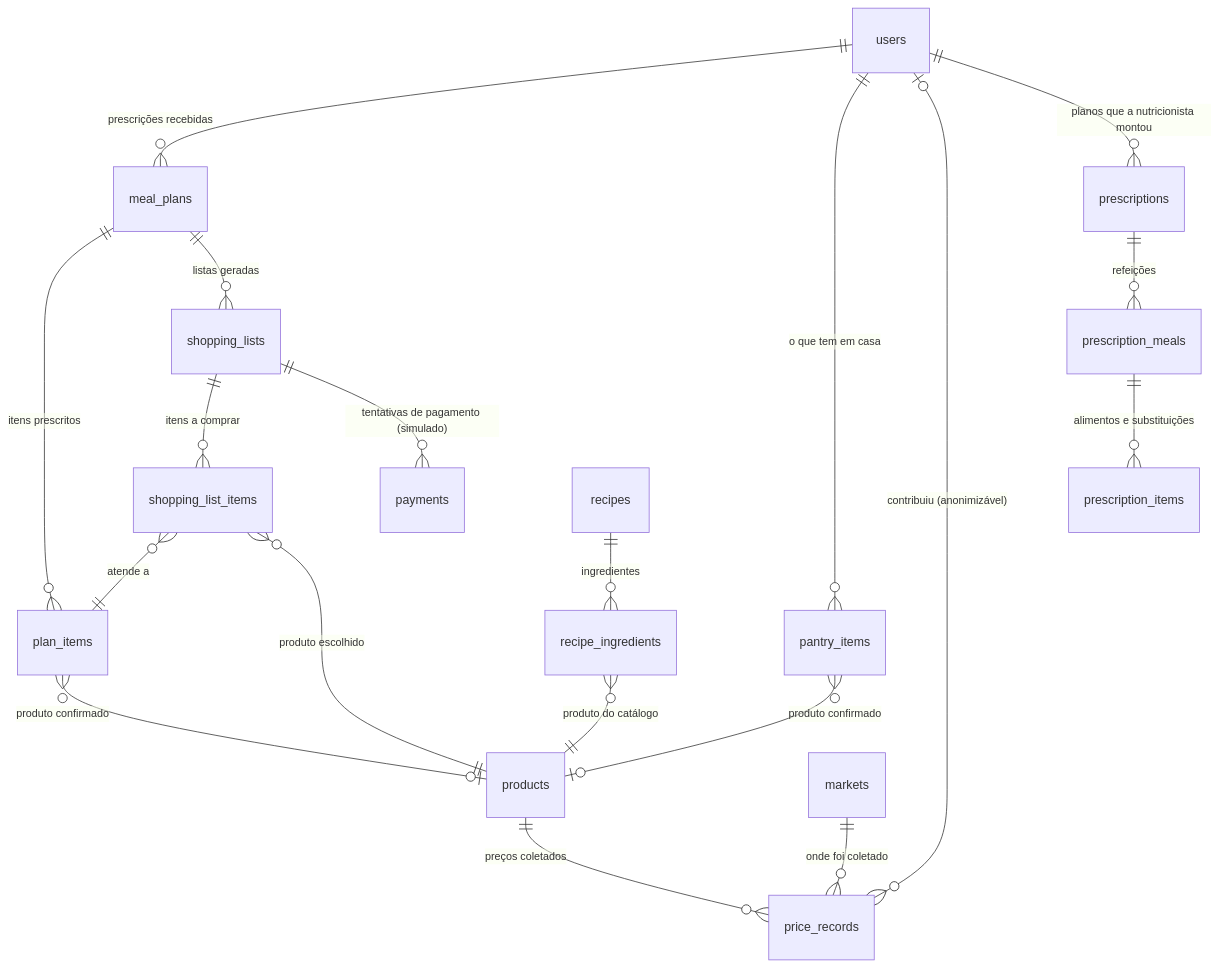
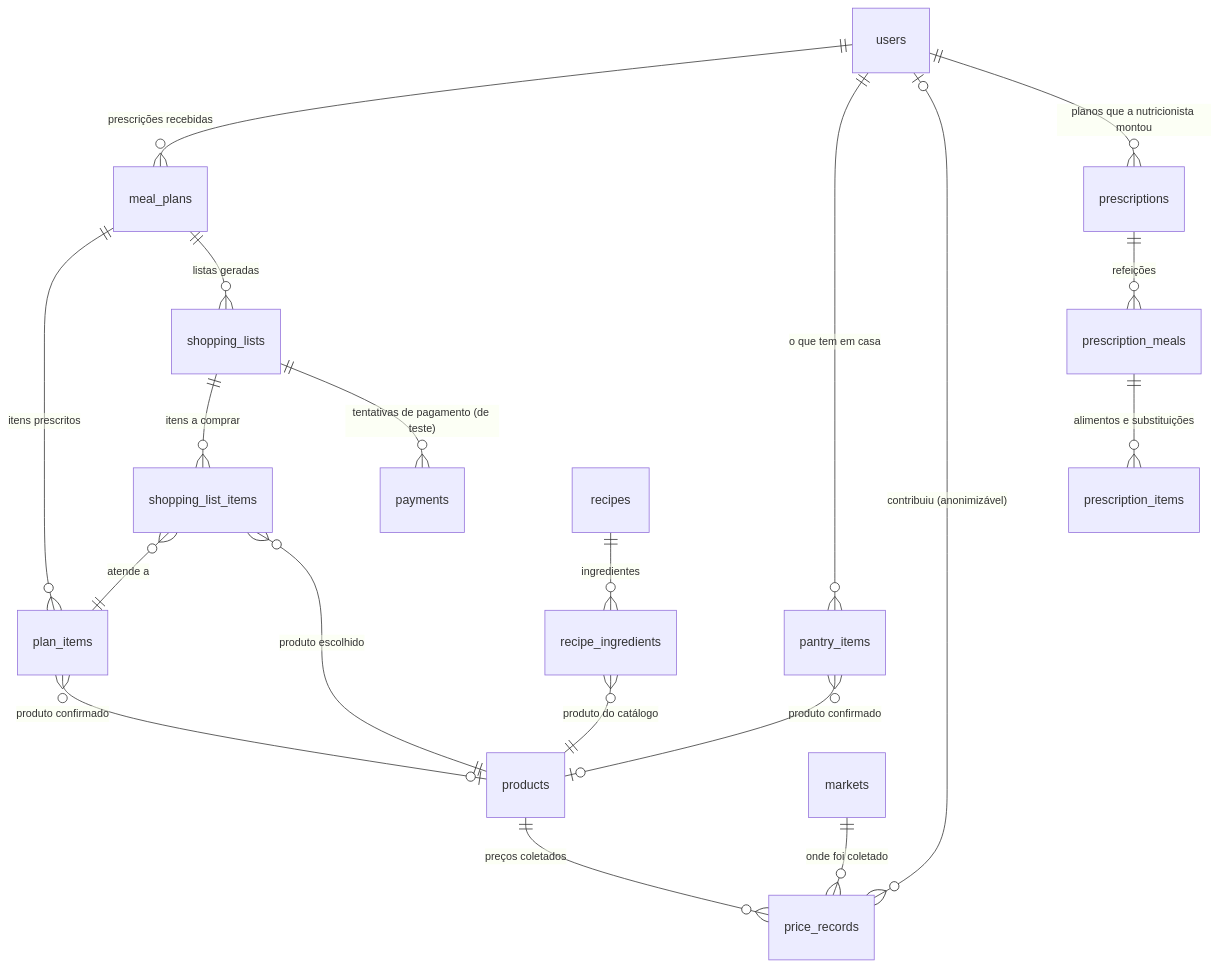
Before and after one commit to DaviMaiaF/Decada-store: the diagram in docs/modelo-dados.md, drawn with Mermaid. The commit also changed other lines of this file and 10 other files, not shown here.

````diff
--- a/docs/modelo-dados.md
+++ b/docs/modelo-dados.md
@@ -13,27 +13,27 @@
 ```mermaid
 erDiagram
     users ||--o{ meal_plans : "prescrições recebidas"
     users ||--o{ pantry_items : "o que tem em casa"
     users |o--o{ price_records : "contribuiu (anonimizável)"
     users ||--o{ prescriptions : "planos que a nutricionista montou"
 
     prescriptions ||--o{ prescription_meals : "refeições"
     prescription_meals ||--o{ prescription_items : "alimentos e substituições"
 
     meal_plans ||--o{ plan_items : "itens prescritos"
     meal_plans ||--o{ shopping_lists : "listas geradas"
 
     plan_items }o--o| products : "produto confirmado"
     pantry_items }o--o| products : "produto confirmado"
 
     shopping_lists ||--o{ shopping_list_items : "itens a comprar"
-    shopping_lists ||--o{ payments : "tentativas de pagamento (simulado)"
+    shopping_lists ||--o{ payments : "tentativas de pagamento (de teste)"
     shopping_list_items }o--|| plan_items : "atende a"
     shopping_list_items }o--|| products : "produto escolhido"
 
     products ||--o{ price_records : "preços coletados"
     markets ||--o{ price_records : "onde foi coletado"
 
     recipes ||--o{ recipe_ingredients : "ingredientes"
     recipe_ingredients }o--|| products : "produto do catálogo"
 ```
````
